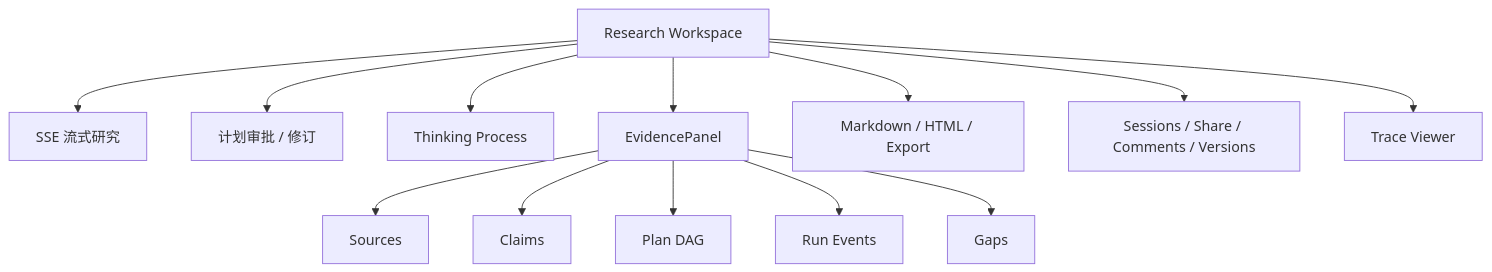
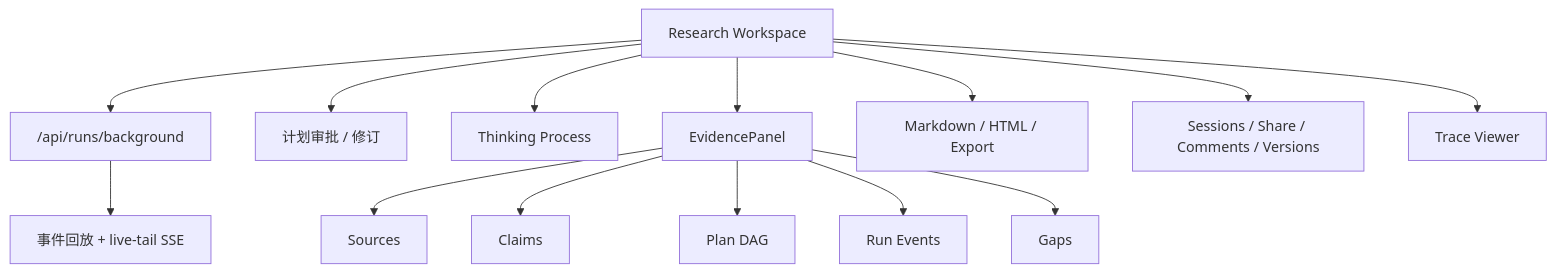
One commit to LittleSongxx/SoulSearcher changed the sixth of 6 diagrams in README.md. Above: the diagram before and after it, drawn with Mermaid. The commit also changed other lines of this file and 12 other files, not shown here.

````diff
--- a/README.md
+++ b/README.md
@@ -250,15 +254,16 @@
 ```mermaid
 flowchart TB
-    Workspace["Research Workspace"] --> Stream["SSE 流式研究"]
+    Workspace["Research Workspace"] --> Background["/api/runs/background"]
+    Background --> Stream["事件回放 + live-tail SSE"]
     Workspace --> Approval["计划审批 / 修订"]
     Workspace --> Thinking["Thinking Process"]
     Workspace --> Evidence["EvidencePanel"]
     Evidence --> Sources["Sources"]
     Evidence --> Claims["Claims"]
     Evidence --> Plan["Plan DAG"]
     Evidence --> Events["Run Events"]
     Evidence --> Gaps["Gaps"]
     Workspace --> Artifacts["Markdown / HTML / Export"]
     Workspace --> Sessions["Sessions / Share / Comments / Versions"]
     Workspace --> Trace["Trace Viewer"]
 ```
````
